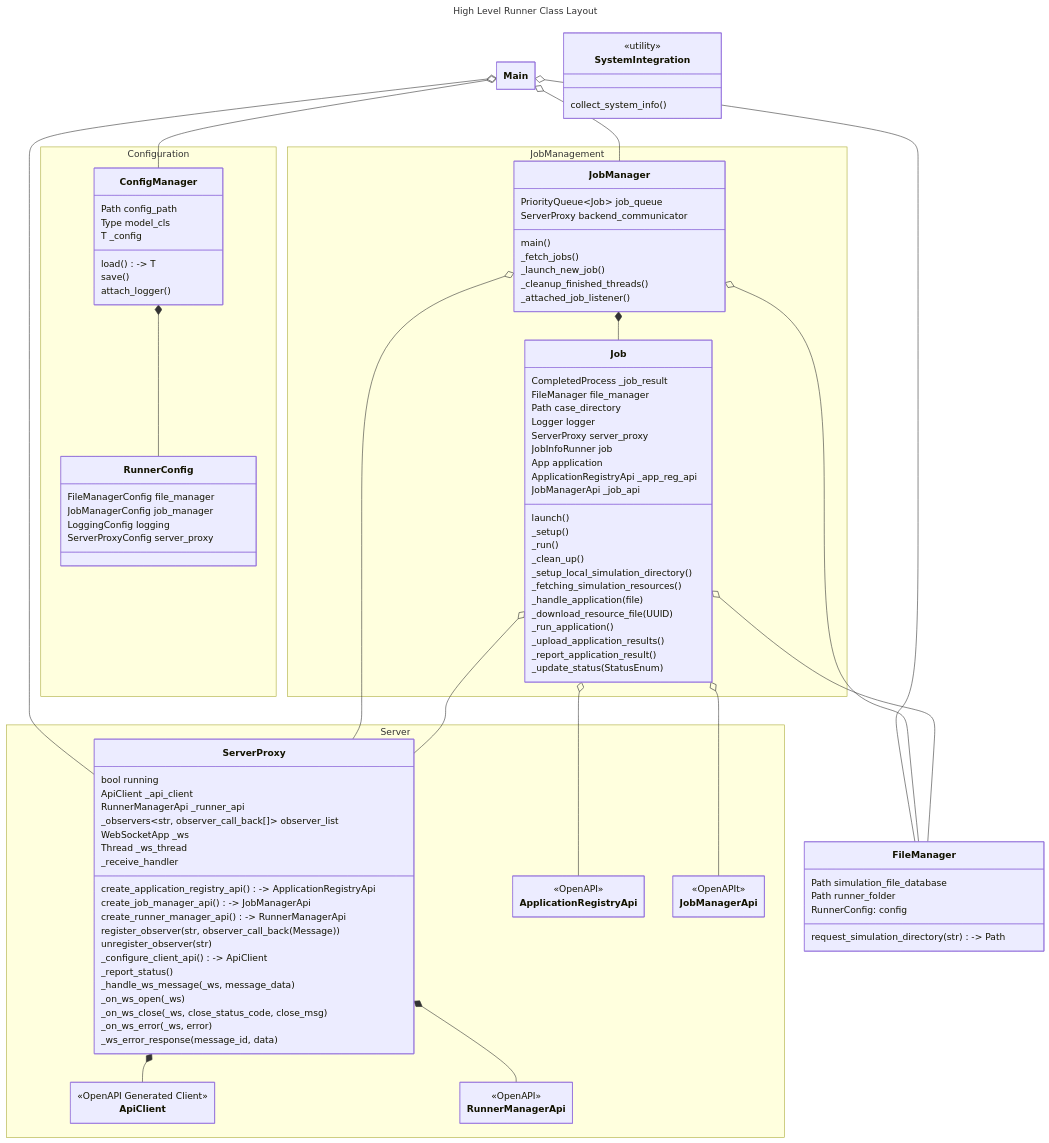
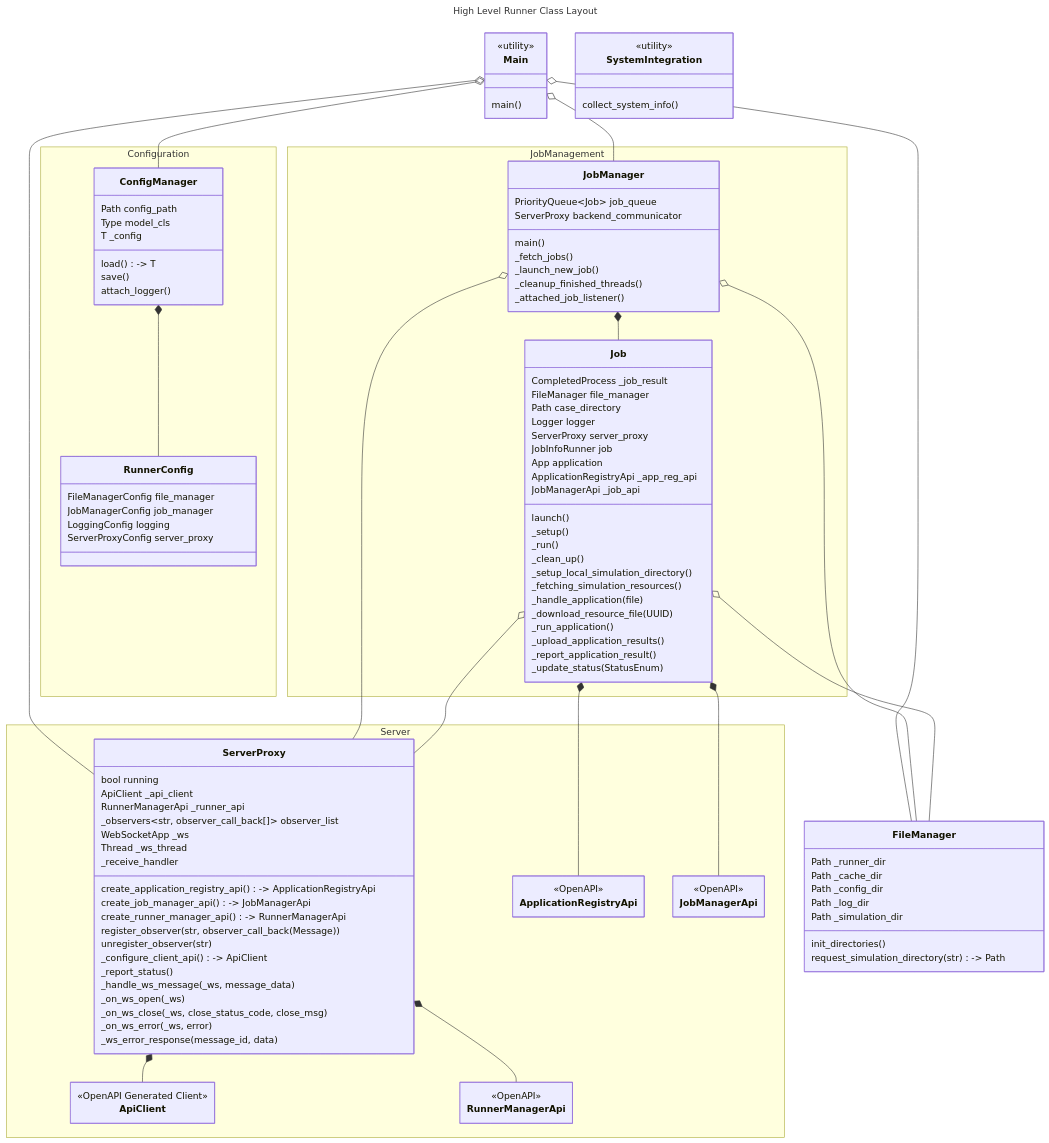
Before and after one commit to fyn-tech/fyn-runner: the diagram in docs/primary_design.md, drawn with Mermaid. The commit also changed other lines of this file, not shown here.

```diff
--- a/docs/primary_design.md
+++ b/docs/primary_design.md
@@ -93,13 +98,18 @@
 
   Job o-- ServerProxy
   Job o-- FileManager
-  Job o-- ApplicationRegistryApi
-  Job o-- JobManagerApi
+  Job *-- ApplicationRegistryApi
+  Job *-- JobManagerApi
 
   ServerProxy *-- ApiClient
   ServerProxy *-- RunnerManagerApi
 
   ConfigManager *-- RunnerConfig
+
+  class Main {
+    <<utility>>
+    main()
+  }
 
   namespace Job Management {
 
@@ -169,11 +179,13 @@
   }
 
   class FileManager {
-    %% file_database stores path to folder database
-    Path simulation_file_database
-    Path runner_folder
-    RunnerConfig: config
+    Path _runner_dir
+    Path _cache_dir
+    Path _config_dir
+    Path _log_dir
+    Path _simulation_dir
 
+    init_directories()
     request_simulation_directory(str) -> Path
   }
 
@@ -241,7 +253,7 @@
     }
 
     class JobManagerApi {
-      <<OpenAPIt>>
+      <<OpenAPI>>
     }
 
     class RunnerManagerApi {
```
